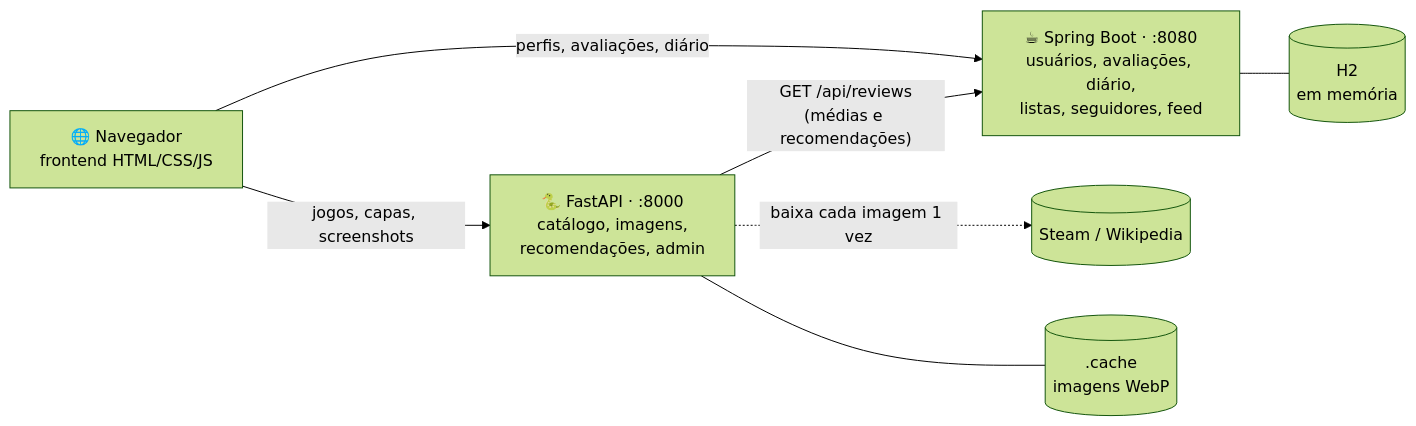
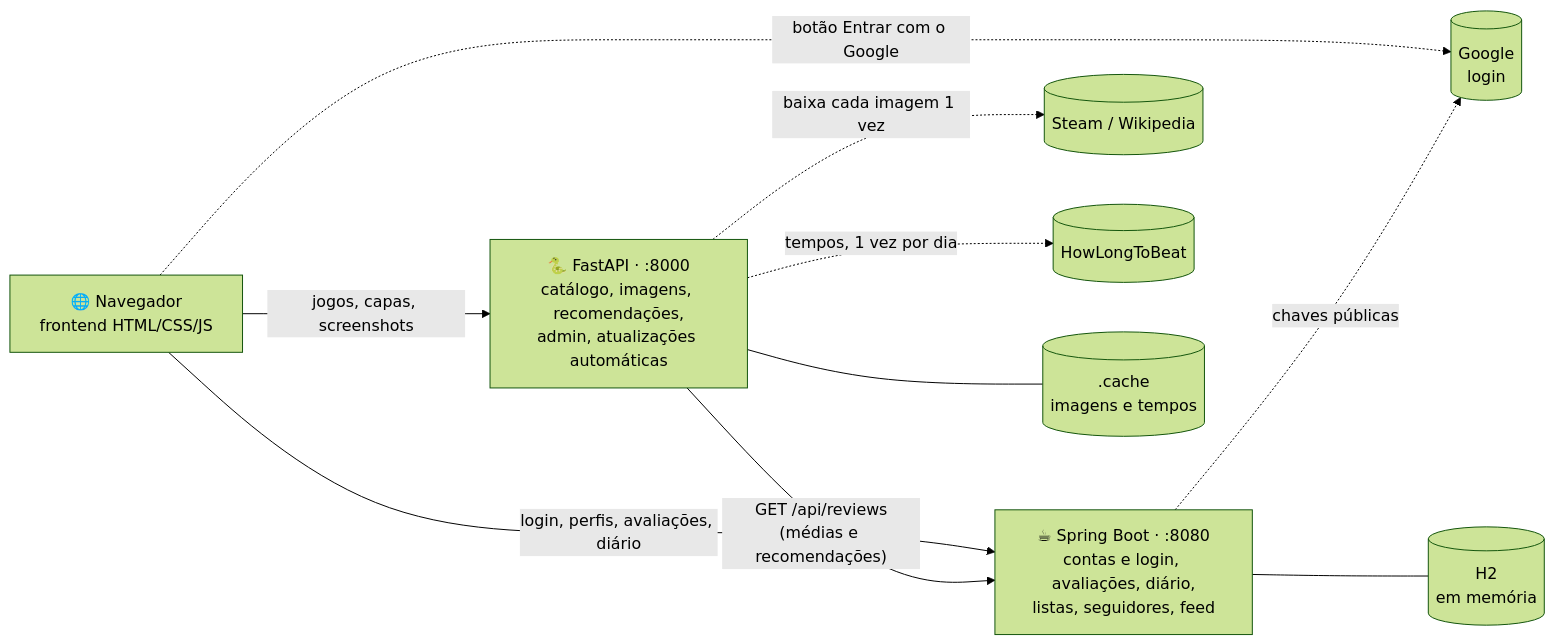
One commit to VitorRamos77/hitboxd changed the diagram in README.md. Above: the diagram before and after it, drawn with Mermaid (forest theme). The commit also changed other lines of this file and 43 other files, not shown here.

````diff
--- a/README.md
+++ b/README.md
@@ -54,16 +56,21 @@
 ```mermaid
 flowchart LR
     B["🌐 Navegador<br/>frontend HTML/CSS/JS"]
-    P["🐍 FastAPI · :8000<br/>catálogo, imagens,<br/>recomendações, admin"]
-    J["☕ Spring Boot · :8080<br/>usuários, avaliações, diário,<br/>listas, seguidores, feed"]
+    P["🐍 FastAPI · :8000<br/>catálogo, imagens, recomendações,<br/>admin, atualizações automáticas"]
+    J["☕ Spring Boot · :8080<br/>contas e login, avaliações, diário,<br/>listas, seguidores, feed"]
     S[("Steam / Wikipedia")]
+    L[("HowLongToBeat")]
+    G[("Google<br/>login")]
     H[("H2<br/>em memória")]
-    C[(".cache<br/>imagens WebP")]
+    C[(".cache<br/>imagens e tempos")]
 
     B -- "jogos, capas, screenshots" --> P
-    B -- "perfis, avaliações, diário" --> J
+    B -- "login, perfis, avaliações, diário" --> J
+    B -. "botão Entrar com o Google" .-> G
     P -- "GET /api/reviews<br/>(médias e recomendações)" --> J
     P -. "baixa cada imagem 1 vez" .-> S
+    P -. "tempos, 1 vez por dia" .-> L
+    J -. "chaves públicas" .-> G
     P --- C
     J --- H
 ```
````
